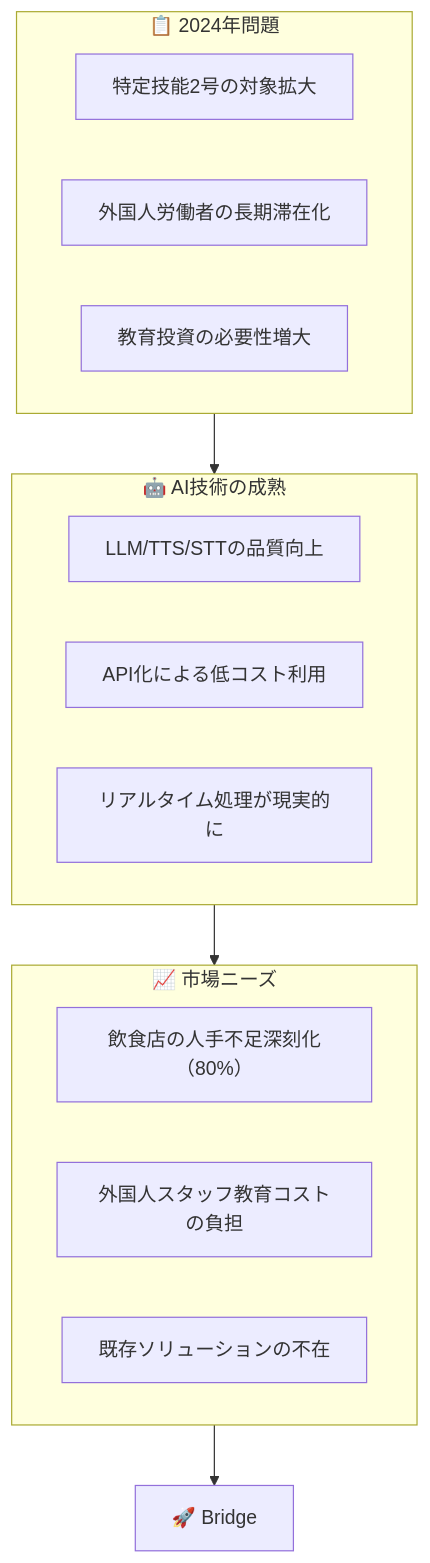
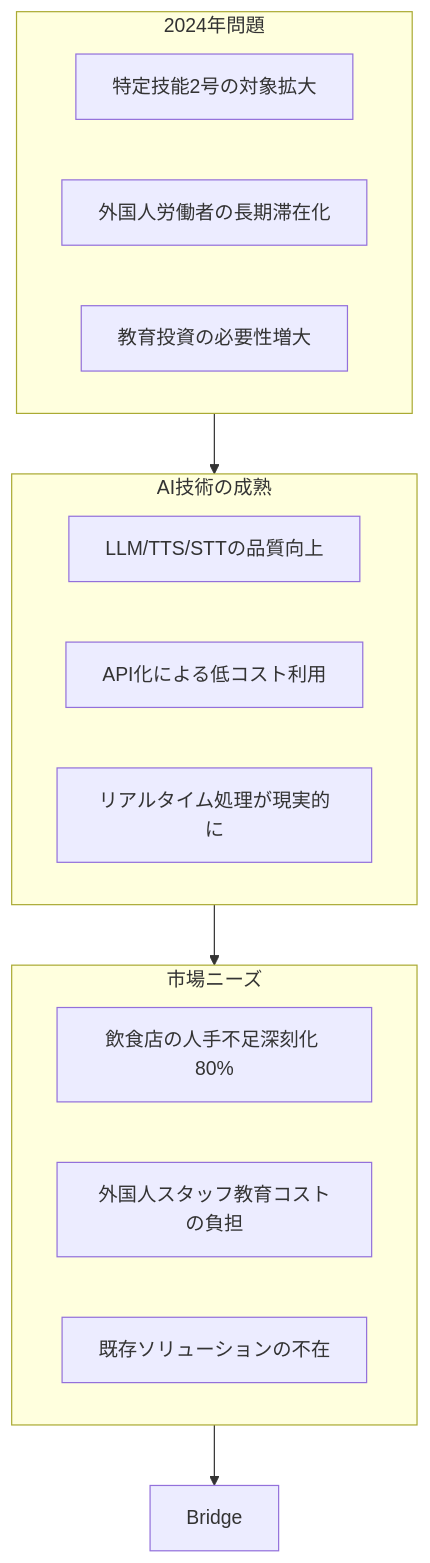
One commit to koshikawa-masato/Bridge-Restaurant-Training changed the diagram in mermaid/mermaid_whynow.mmd. Above: the diagram before and after it, drawn with Mermaid. The commit also changed 9 other files, not shown here.

Commit message:
docs: replace emoji with text labels in diagrams

```diff
--- a/mermaid/mermaid_whynow.mmd
+++ b/mermaid/mermaid_whynow.mmd
@@ -1,21 +1,21 @@
 flowchart TB
-    subgraph A["📋 2024年問題"]
+    subgraph A["2024年問題"]
         A1["特定技能2号の対象拡大"]
         A2["外国人労働者の長期滞在化"]
         A3["教育投資の必要性増大"]
     end
 
-    subgraph B["🤖 AI技術の成熟"]
+    subgraph B["AI技術の成熟"]
         B1["LLM/TTS/STTの品質向上"]
         B2["API化による低コスト利用"]
         B3["リアルタイム処理が現実的に"]
     end
 
-    subgraph C["📈 市場ニーズ"]
-        C1["飲食店の人手不足深刻化（80%）"]
+    subgraph C["市場ニーズ"]
+        C1["飲食店の人手不足深刻化 80%"]
         C2["外国人スタッフ教育コストの負担"]
         C3["既存ソリューションの不在"]
     end
 
     A --> B --> C
-    C --> D["🚀 Bridge"]
+    C --> D["Bridge"]
```
